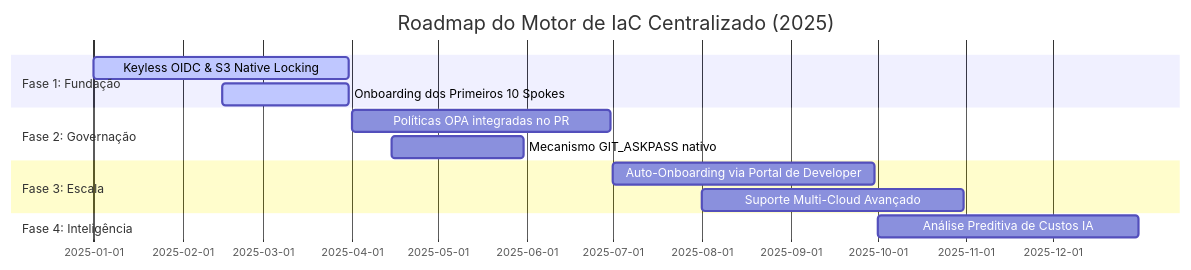
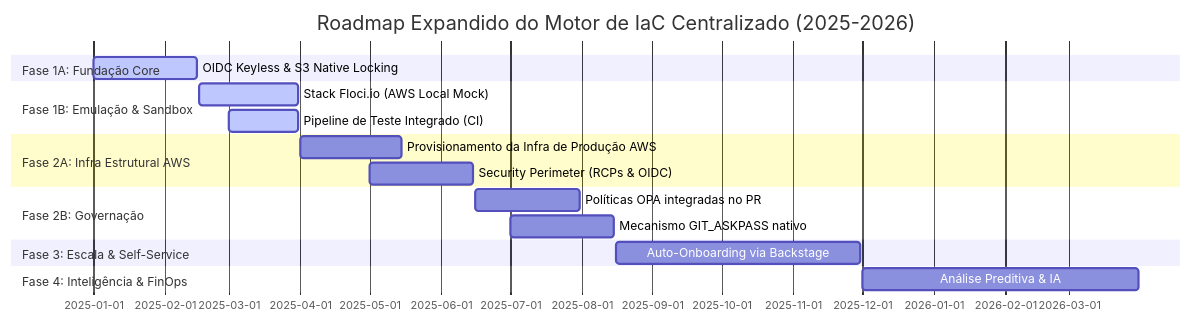
The second of 3 diagrams in docs/business_documentation.md (govinda777/iac-engine), drawn with Mermaid before and after one commit. The commit also changed other lines of this file, not shown here.

First line of the commit message:
docs: update centralized iac-engine docs to V2 with expanded roadmap and emulation architecture

````diff
--- a/docs/business_documentation.md
+++ b/docs/business_documentation.md
@@ -66,16 +66,20 @@
 ```mermaid
 gantt
-    title Roadmap do Motor de IaC Centralizado (2025)
+    title Roadmap Expandido do Motor de IaC Centralizado (2025-2026)
     dateFormat  YYYY-MM-DD
-    section Fase 1: Fundação
-    Keyless OIDC & S3 Native Locking  :active, des1, 2025-01-01, 2025-03-31
-    Onboarding dos Primeiros 10 Spokes :active, des2, 2025-02-15, 2025-03-31
-    section Fase 2: Governação
-    Políticas OPA integradas no PR      : des3, 2025-04-01, 2025-06-30
-    Mecanismo GIT_ASKPASS nativo       : des4, 2025-04-15, 2025-05-31
-    section Fase 3: Escala
-    Auto-Onboarding via Portal de Developer : des5, 2025-07-01, 2025-09-30
-    Suporte Multi-Cloud Avançado       : des6, 2025-08-01, 2025-10-31
-    section Fase 4: Inteligência
-    Análise Preditiva de Custos IA     : des7, 2025-10-01, 2025-12-31
+    section Fase 1A: Fundação Core
+    OIDC Keyless & S3 Native Locking  :active, f1a, 2025-01-01, 2025-02-15
+    section Fase 1B: Emulação & Sandbox
+    Stack Floci.io (AWS Local Mock)   :active, f1b, 2025-02-16, 2025-03-31
+    Pipeline de Teste Integrado (CI)  :active, f1c, 2025-03-01, 2025-03-31
+    section Fase 2A: Infra Estrutural AWS
+    Provisionamento da Infra de Produção AWS : des1, 2025-04-01, 2025-05-15
+    Security Perimeter (RCPs & OIDC) : des2, 2025-05-01, 2025-06-15
+    section Fase 2B: Governação
+    Políticas OPA integradas no PR      : des3, 2025-06-16, 2025-07-31
+    Mecanismo GIT_ASKPASS nativo       : des4, 2025-07-01, 2025-08-15
+    section Fase 3: Escala & Self-Service
+    Auto-Onboarding via Backstage     : des5, 2025-08-16, 2025-11-30
+    section Fase 4: Inteligência & FinOps
+    Análise Preditiva & IA             : des6, 2025-12-01, 2026-03-31
 ```
````
